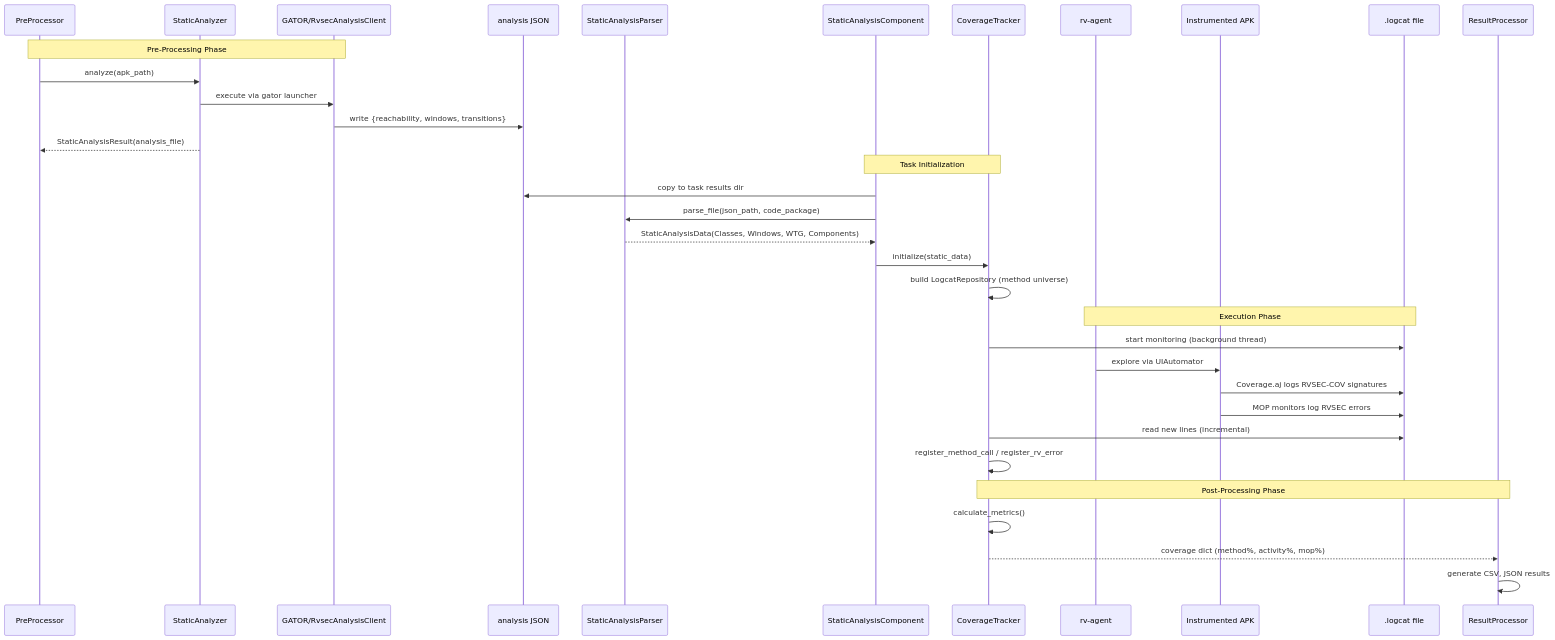
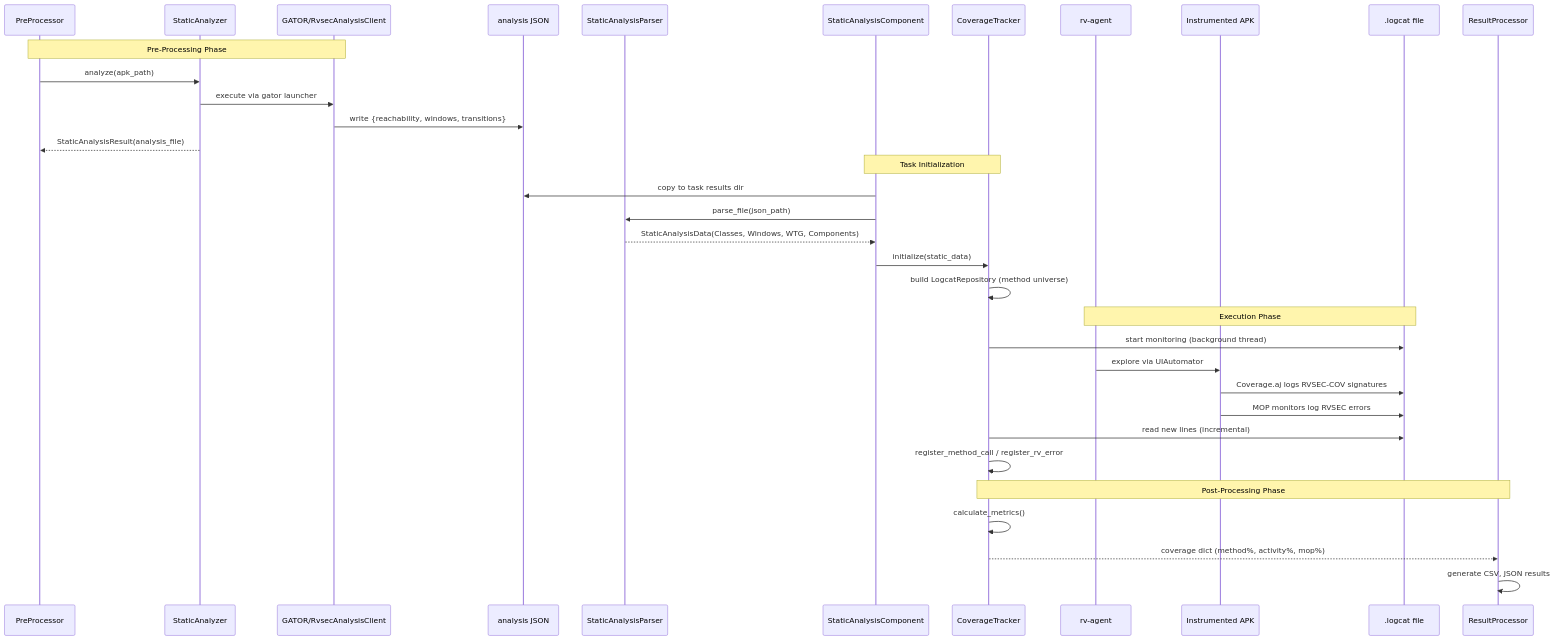
One commit to PAMunb/rvsec changed the diagram in rv-android/openspec/specs/analysis/spec.md. Above: the diagram before and after it, drawn with Mermaid. The commit also changed other lines of this file and 28 other files, not shown here.

````diff
--- a/rv-android/openspec/specs/analysis/spec.md
+++ b/rv-android/openspec/specs/analysis/spec.md
@@ -36,40 +36,40 @@
 ```mermaid
 sequenceDiagram
     participant Pre as PreProcessor
     participant SA as StaticAnalyzer
     participant GATOR as GATOR/RvsecAnalysisClient
     participant JSON as analysis JSON
     participant Parser as StaticAnalysisParser
     participant SAC as StaticAnalysisComponent
     participant CT as CoverageTracker
     participant Agent as rv-agent
     participant APK as Instrumented APK
     participant LC as .logcat file
     participant RP as ResultProcessor
 
     Note over Pre,GATOR: Pre-Processing Phase
     Pre->>SA: analyze(apk_path)
     SA->>GATOR: execute via gator launcher
     GATOR->>JSON: write {reachability, windows, transitions}
     SA-->>Pre: StaticAnalysisResult(analysis_file)
 
     Note over SAC,CT: Task Initialization
     SAC->>JSON: copy to task results dir
-    SAC->>Parser: parse_file(json_path, code_package)
+    SAC->>Parser: parse_file(json_path)
     Parser-->>SAC: StaticAnalysisData(Classes, Windows, WTG, Components)
     SAC->>CT: initialize(static_data)
     CT->>CT: build LogcatRepository (method universe)
 
     Note over Agent,LC: Execution Phase
     CT->>LC: start monitoring (background thread)
     Agent->>APK: explore via UIAutomator
     APK->>LC: Coverage.aj logs RVSEC-COV signatures
     APK->>LC: MOP monitors log RVSEC errors
     CT->>LC: read new lines (incremental)
     CT->>CT: register_method_call / register_rv_error
 
     Note over CT,RP: Post-Processing Phase
     CT->>CT: calculate_metrics()
     CT-->>RP: coverage dict (method%, activity%, mop%)
     RP->>RP: generate CSV, JSON results
 ```
````
